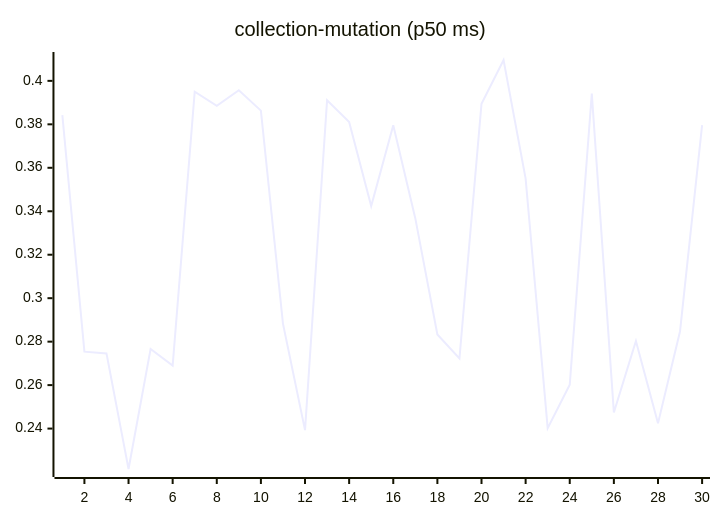
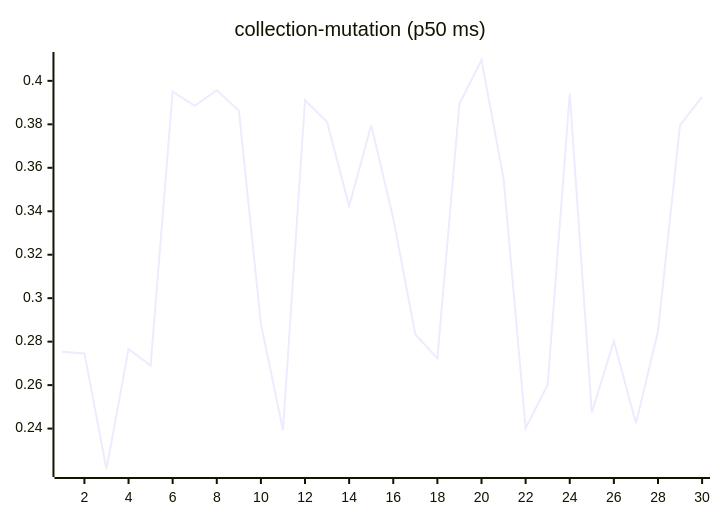
The sixth of 27 diagrams in README.md (josha/Facet), drawn with Mermaid before and after one commit. The commit also changed other lines of this file and 2 other files, not shown here.

````diff
--- a/README.md
+++ b/README.md
@@ -98,6 +98,6 @@
 ```mermaid
 xychart-beta
     title "collection-mutation (p50 ms)"
     x-axis 1 --> 30
-    line [0.3842, 0.2754, 0.2746, 0.2214, 0.2766, 0.2690, 0.3950, 0.3885, 0.3957, 0.3863, 0.2883, 0.2393, 0.3911, 0.3811, 0.3424, 0.3796, 0.3367, 0.2833, 0.2723, 0.3895, 0.4096, 0.3550, 0.2402, 0.2602, 0.3941, 0.2474, 0.2803, 0.2424, 0.2848, 0.3796]
+    line [0.2754, 0.2746, 0.2214, 0.2766, 0.2690, 0.3950, 0.3885, 0.3957, 0.3863, 0.2883, 0.2393, 0.3911, 0.3811, 0.3424, 0.3796, 0.3367, 0.2833, 0.2723, 0.3895, 0.4096, 0.3550, 0.2402, 0.2602, 0.3941, 0.2474, 0.2803, 0.2424, 0.2848, 0.3796, 0.3926]
 ```
````
